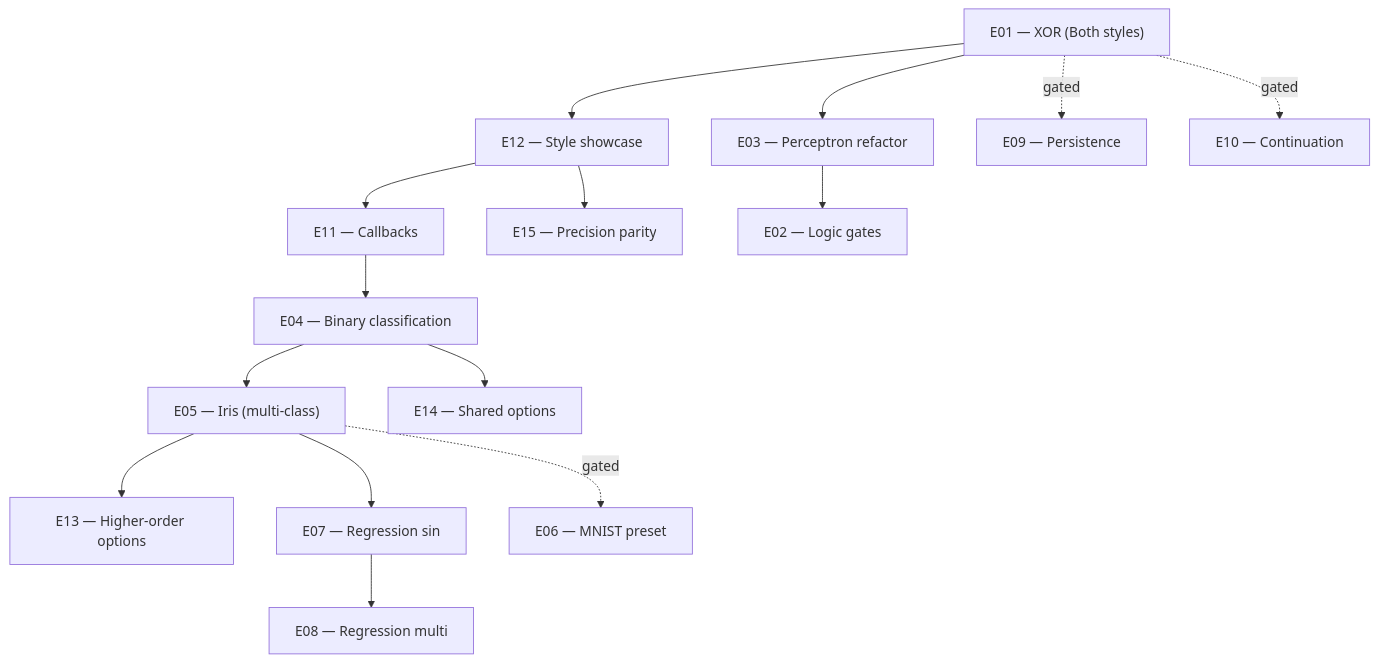
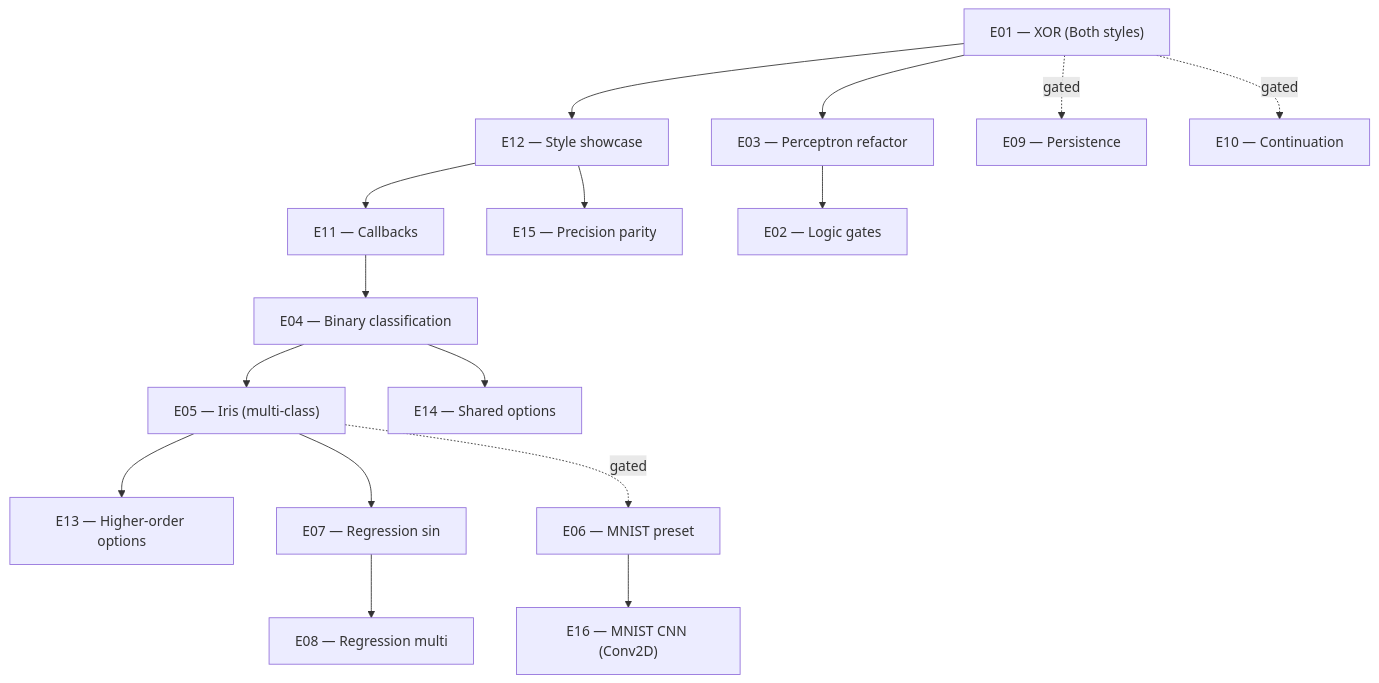
Before and after one commit to teratron/gonn: the diagram in .design/main/specifications/l2-usage-examples.md, drawn with Mermaid. The commit also changed other lines of this file and 22 other files, not shown here.

First line of the commit message:
feat(conv2d): implement 2-D convolutional layer set + E16 MNIST CNN example (v0.12.0)

````diff
--- a/.design/main/specifications/l2-usage-examples.md
+++ b/.design/main/specifications/l2-usage-examples.md
@@ -330,17 +351,18 @@
 ```mermaid
 graph TD
     E01["E01 — XOR (Both styles)"] --> E12["E12 — Style showcase"]
     E01 --> E03["E03 — Perceptron refactor"]
     E12 --> E11["E11 — Callbacks"]
     E03 --> E02["E02 — Logic gates"]
     E11 --> E04["E04 — Binary classification"]
     E04 --> E05["E05 — Iris (multi-class)"]
     E05 --> E13["E13 — Higher-order options"]
     E05 --> E07["E07 — Regression sin"]
     E07 --> E08["E08 — Regression multi"]
     E04 --> E14["E14 — Shared options"]
     E12 --> E15["E15 — Precision parity"]
     E05 -.gated.-> E06["E06 — MNIST preset"]
     E01 -.gated.-> E09["E09 — Persistence"]
     E01 -.gated.-> E10["E10 — Continuation"]
+    E06 --> E16["E16 — MNIST CNN (Conv2D)"]
 ```
````
